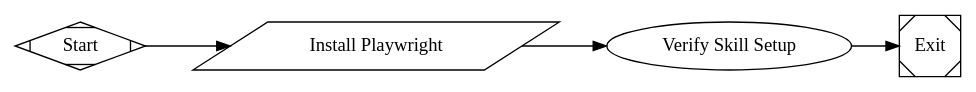
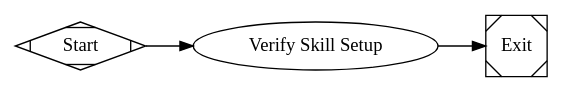
Before and after one commit to fkukuck/fabro: the diagram in arc/workflows/web-game-demo/workflow.dot, drawn with Graphviz. The commit also changed 2 other files, not shown here.

Commit message:
Replace install_playwright command node with Playwright MCP server
The Playwright MCP server provides a browser_install tool, so we can
drop the separate command node and let the agent install the browser
via MCP instead.

```diff
--- a/arc/workflows/web-game-demo/workflow.dot
+++ b/arc/workflows/web-game-demo/workflow.dot
@@ -1,16 +1,14 @@
 digraph WebGameDemo {
     graph [
         goal="Verify develop-web-game skill setup with asset files",
         model_stylesheet="* { llm_model: claude-sonnet-4-6; llm_provider: anthropic }"
     ]
     rankdir=LR
 
     start [shape=Mdiamond, label="Start"]
     exit  [shape=Msquare, label="Exit"]
 
-    install_playwright [label="Install Playwright", shape=parallelogram, script="npx playwright install --with-deps chromium 2>&1 || true"]
-
     verify_skill [label="Verify Skill Setup", prompt="@verify-prompt.md"]
 
-    start -> install_playwright -> verify_skill -> exit
+    start -> verify_skill -> exit
 }
```
